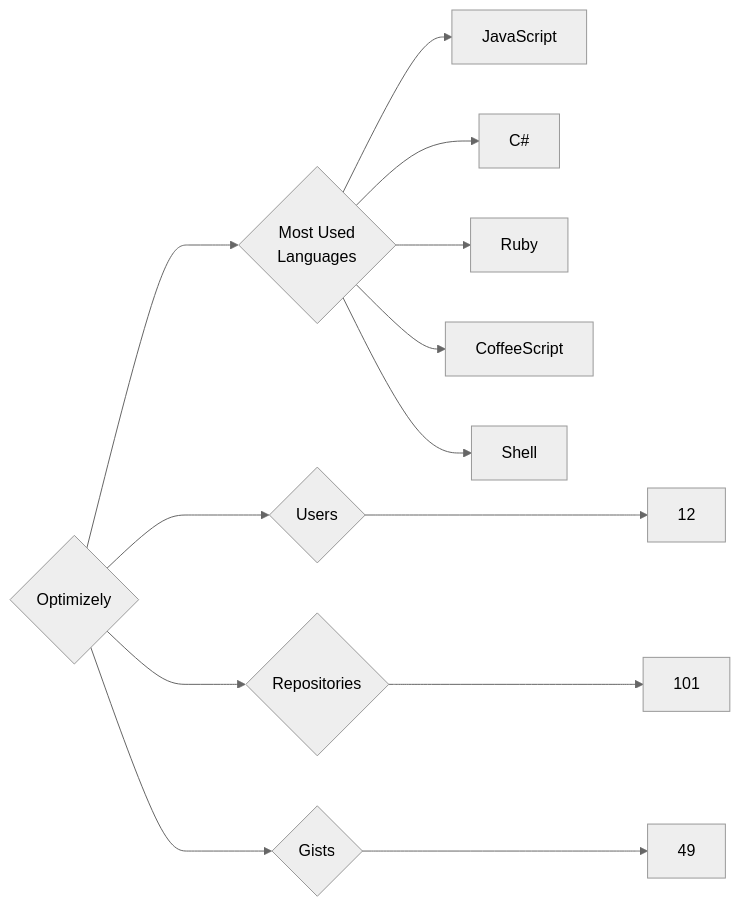
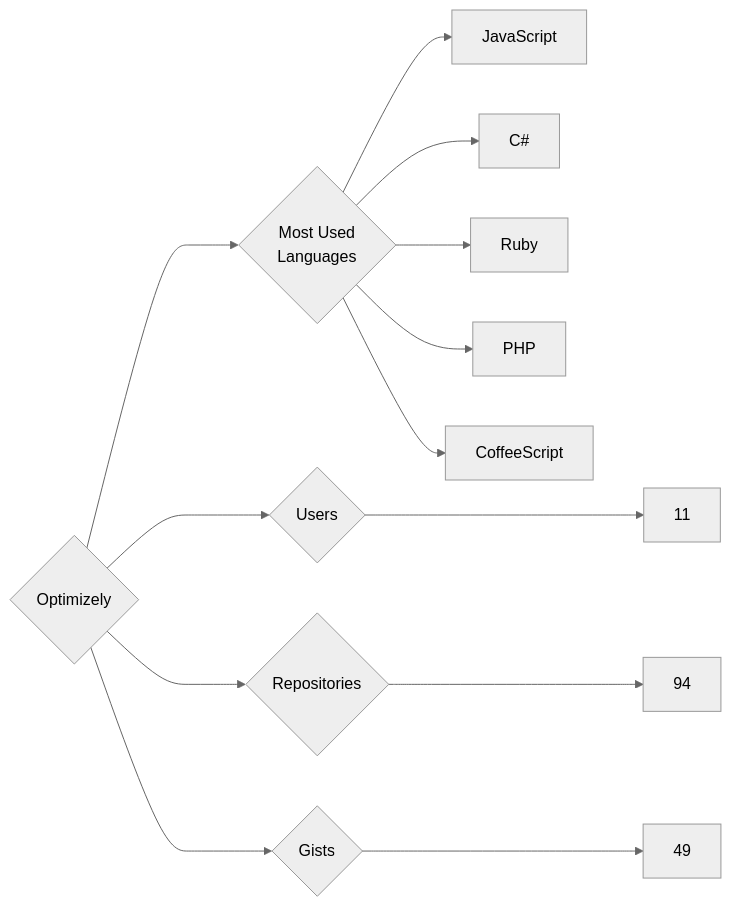
One commit to trickest/insiders changed the diagram in targets/Optimizely/README.md. Above: the diagram before and after it, drawn with Mermaid (neutral theme). The commit also changed 1479 other files, not shown here.

````diff
--- a/targets/Optimizely/README.md
+++ b/targets/Optimizely/README.md
@@ -3,13 +3,13 @@
 ```mermaid
 graph LR
 COMPANY_NAME{Optimizely}
-COMPANY_NAME ---> U{Users} ---> UN[12]
-COMPANY_NAME ---> R{Repositories} ---> RN[101]
+COMPANY_NAME ---> U{Users} ---> UN[11]
+COMPANY_NAME ---> R{Repositories} ---> RN[94]
 COMPANY_NAME ---> G{Gists} ---> GN[49]
 COMPANY_NAME ---> ML{Most Used<br>Languages}
 ML --> JavaScript[JavaScript]
 ML --> C#[C#]
 ML --> Ruby[Ruby]
+ML --> PHP[PHP]
 ML --> CoffeeScript[CoffeeScript]
-ML --> Shell[Shell]
 ```
````
